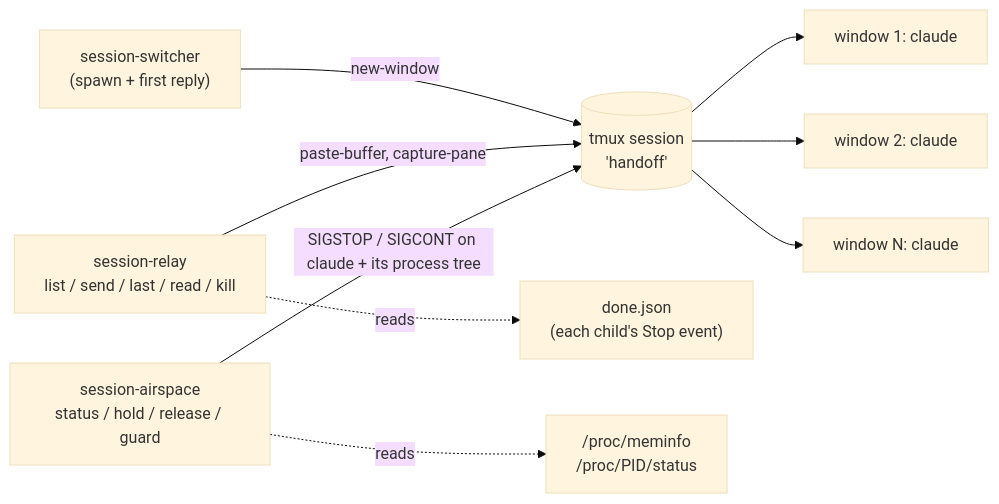
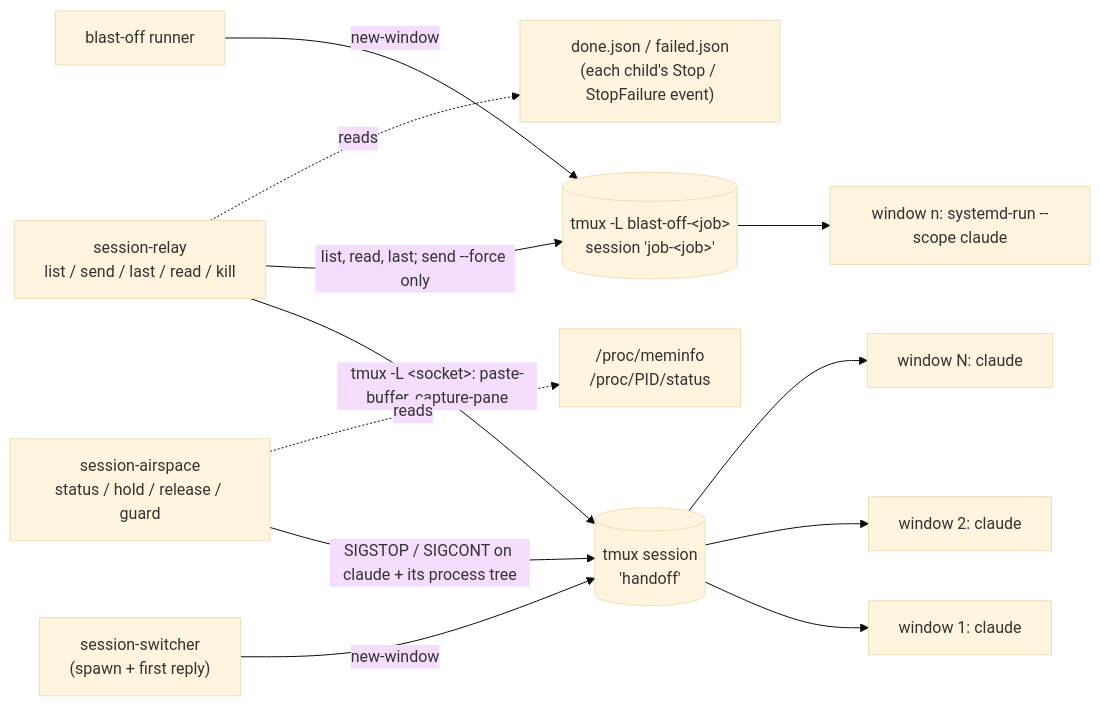
One commit to z0rd0n88/session-stickler changed the second of 2 diagrams in README.md. Above: the diagram before and after it, drawn with Mermaid (base theme). The commit also changed other lines of this file and 9 other files, not shown here.

First line of the commit message:
feat(relay, airspace): reach blast-off children on their private tmux servers

````diff
--- a/README.md
+++ b/README.md
@@ -98,11 +98,14 @@
 ```mermaid
 flowchart LR
     SW["session-switcher<br/>(spawn + first reply)"] -->|new-window| H[("tmux session<br/>'handoff'")]
     H --> W1["window 1: claude"]
     H --> W2["window 2: claude"]
     H --> W3["window N: claude"]
-    R["session-relay<br/>list / send / last / read / kill"] -->|"paste-buffer, capture-pane"| H
-    R -. "reads" .-> D["done.json<br/>(each child's Stop event)"]
+    BO["blast-off runner"] -->|new-window| J[("tmux -L blast-off-&lt;job&gt;<br/>session 'job-&lt;job&gt;'")]
+    J --> W4["window n: systemd-run --scope claude"]
+    R["session-relay<br/>list / send / last / read / kill"] -->|"tmux -L &lt;socket&gt;: paste-buffer, capture-pane"| H
+    R -->|"list, read, last; send --force only"| J
+    R -. "reads" .-> D["done.json / failed.json<br/>(each child's Stop / StopFailure event)"]
     A["session-airspace<br/>status / hold / release / guard"] -->|"SIGSTOP / SIGCONT on claude + its process tree"| H
     A -. "reads" .-> M["/proc/meminfo<br/>/proc/PID/status"]
 ```
````
